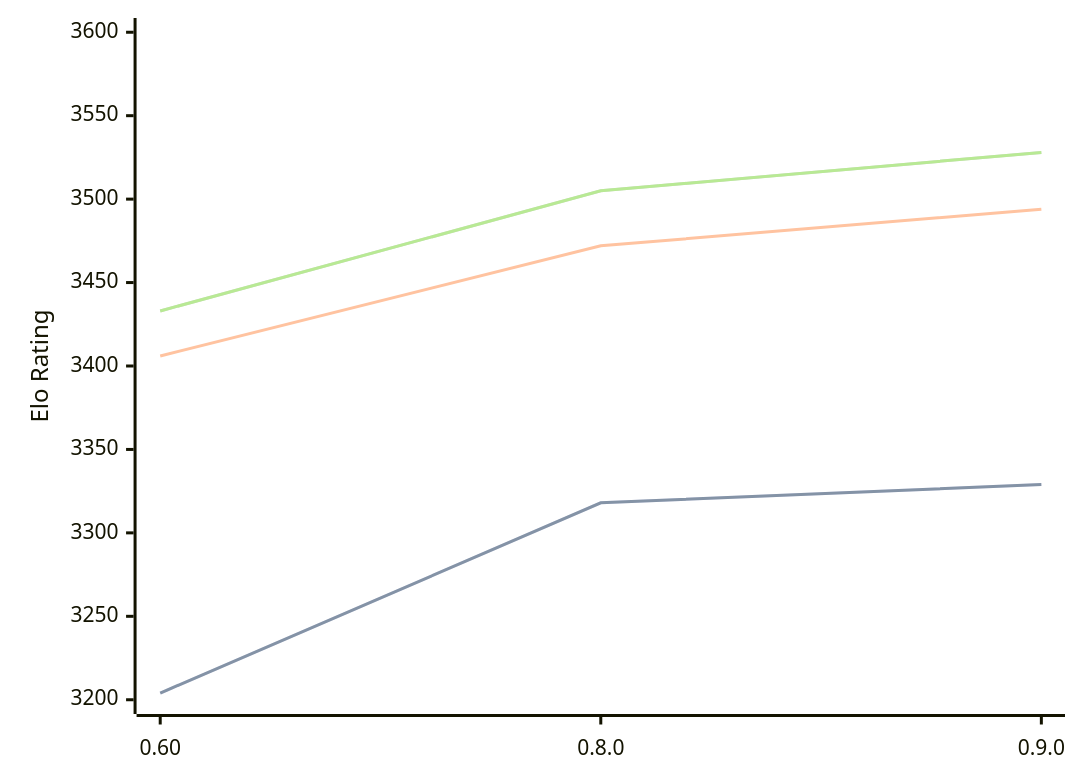
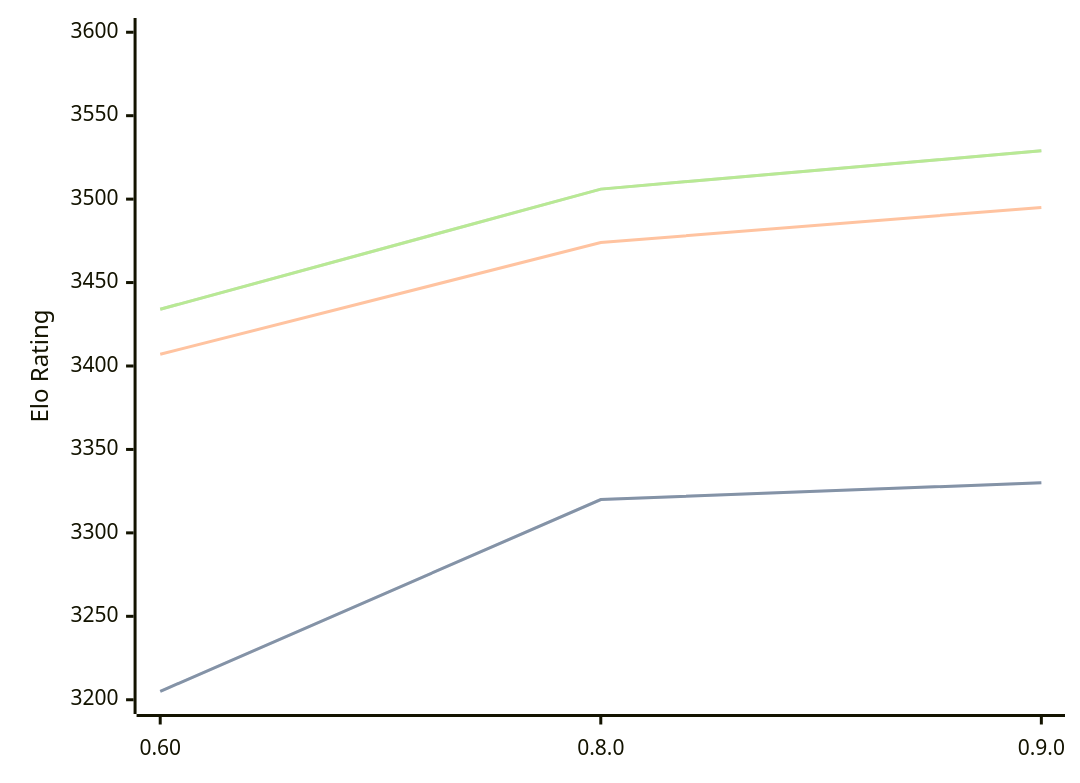
One commit to computer-chess-index/cci changed the diagram in engines/Motor.md. Above: the diagram before and after it, drawn with Mermaid. The commit also changed other lines of this file, not shown here.

Commit message:
Update CCI Ratings (ELO VLTC) - 2026-08-21

````diff
--- a/engines/Motor.md
+++ b/engines/Motor.md
@@ -33,11 +33,11 @@
 ```mermaid
 %%{init: {"theme":"base","themeVariables":{"seriesColors:['#a3a3a3','#222221','#faa371']}}}%%
 xychart-beta
   x-axis ["0.60", "0.8.0", "0.9.0"]
   y-axis "Elo Rating" 3200 --> 3600
-  line "STC (8.0+0.08s)" [3204, 3318, 3329]
-  line "STC (8.0+0.08s)" [3204, 3318, 3329]
-  line "LTC (60.0+0.60s)" [3406, 3472, 3494]
-  line "VLTC (2m24s+1.12s)" [3433, 3505, 3528]
-  line "VLTC (2m24s+1.12s)" [3433, 3505, 3528]
+  line "STC (8.0+0.08s)" [3205, 3320, 3330]
+  line "STC (8.0+0.08s)" [3205, 3320, 3330]
+  line "LTC (60.0+0.60s)" [3407, 3474, 3495]
+  line "VLTC (2m24s+1.12s)" [3434, 3506, 3529]
+  line "VLTC (2m24s+1.12s)" [3434, 3506, 3529]
 ```
````
